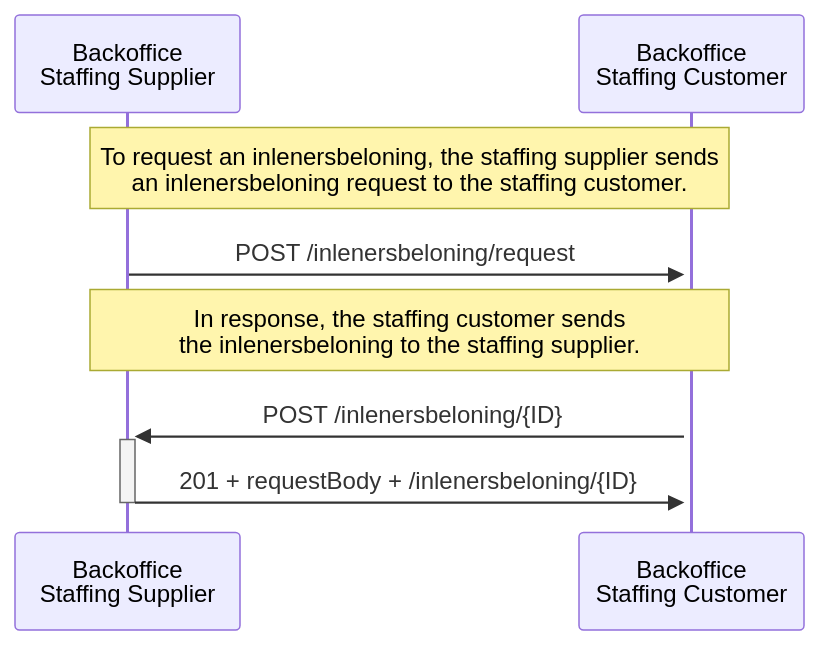
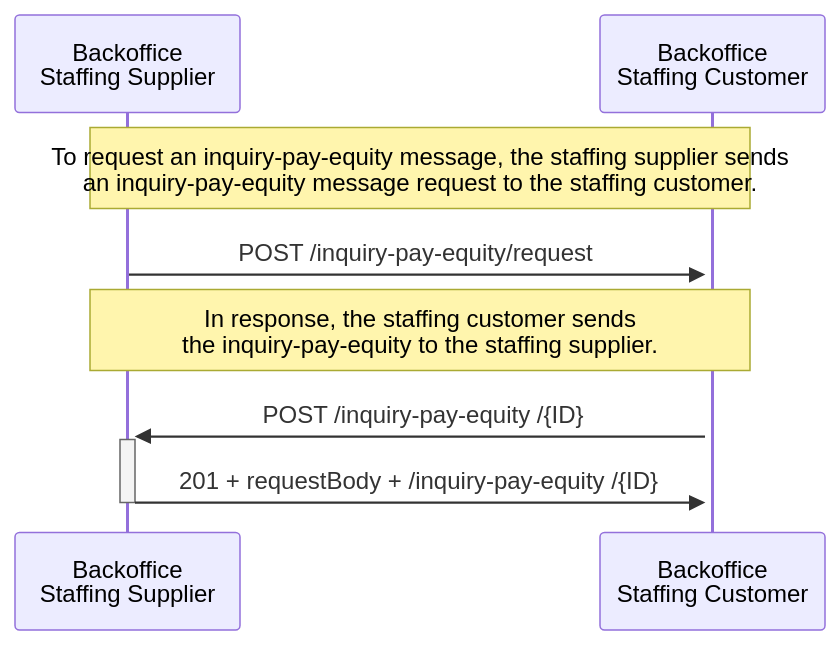
Before and after one commit to setu-standards/documentation: the first of 5 diagrams in app/docs/inlenersbeloning/sequence diagrams/sequence diagrams.md, drawn with Mermaid. The commit also changed other lines of this file and 10 other files, not shown here.

Commit message:
Updated name change of inlenersbeloning to Inquiry Pay Equity

````diff
--- a/app/docs/inlenersbeloning/sequence diagrams/sequence diagrams.md
+++ b/app/docs/inlenersbeloning/sequence diagrams/sequence diagrams.md
@@ -17,13 +17,13 @@
 ```mermaid
 sequenceDiagram
     participant Supplier as Backoffice <br/> Staffing Supplier
     participant Customer as Backoffice <br/> Staffing Customer
     
 
-    Note over Supplier,Customer: To request an inlenersbeloning, the staffing supplier sends <br/> an inlenersbeloning request to the staffing customer.
-    Supplier ->>+ Customer: POST /inlenersbeloning/request
+    Note over Supplier,Customer: To request an inquiry-pay-equity message, the staffing supplier sends <br/> an inquiry-pay-equity message request to the staffing customer.
+    Supplier ->>+ Customer: POST /inquiry-pay-equity/request
     
-    Note over Supplier,Customer: In response, the staffing customer sends <br/> the inlenersbeloning to the staffing supplier.
-    Customer ->>+ Supplier: POST /inlenersbeloning/{ID}
-    Supplier ->>- Customer: 201 + requestBody + /inlenersbeloning/{ID}  
+    Note over Supplier,Customer: In response, the staffing customer sends <br/> the inquiry-pay-equity  to the staffing supplier.
+    Customer ->>+ Supplier: POST /inquiry-pay-equity /{ID}
+    Supplier ->>- Customer: 201 + requestBody + /inquiry-pay-equity /{ID}  
 ```
````
